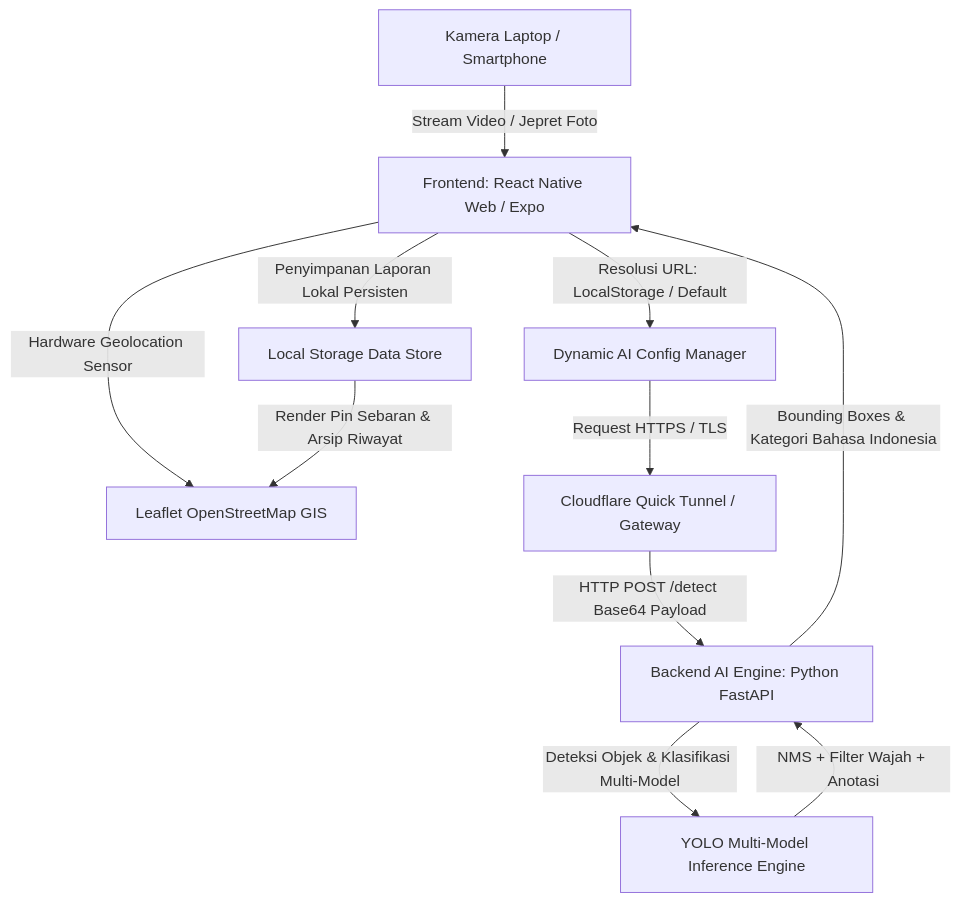
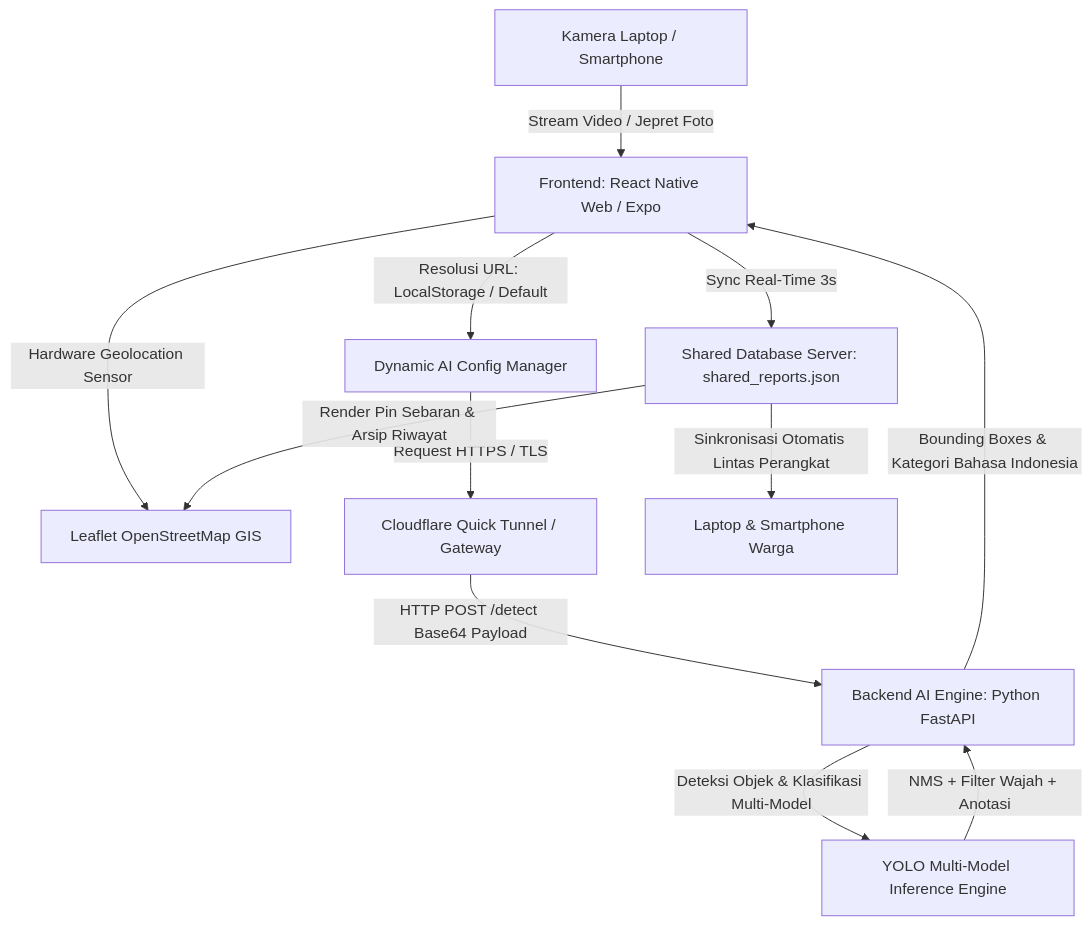
One commit to franswaas/spotbersih changed the diagram in docs/SYSTEM_ARCHITECTURE.md. Above: the diagram before and after it, drawn with Mermaid. The commit also changed other lines of this file and 3 other files, not shown here.

Commit message:
docs: update README, SYSTEM_ARCHITECTURE, DEPLOYMENT_GUIDE, and SKILLS_AND_CAPABILITIES with all latest features

````diff
--- a/docs/SYSTEM_ARCHITECTURE.md
+++ b/docs/SYSTEM_ARCHITECTURE.md
@@ -14,13 +14,14 @@
 ```mermaid
 graph TD
     A[Kamera Laptop / Smartphone] -->|Stream Video / Jepret Foto| B[Frontend: React Native Web / Expo]
     B -->|Hardware Geolocation Sensor| C[Leaflet OpenStreetMap GIS]
     B -->|Resolusi URL: LocalStorage / Default| D[Dynamic AI Config Manager]
     D -->|Request HTTPS / TLS| E[Cloudflare Quick Tunnel / Gateway]
     E -->|HTTP POST /detect Base64 Payload| F[Backend AI Engine: Python FastAPI]
     F -->|Deteksi Objek & Klasifikasi Multi-Model| G[YOLO Multi-Model Inference Engine]
     G -->|NMS + Filter Wajah + Anotasi| F
     F -->|Bounding Boxes & Kategori Bahasa Indonesia| B
-    B -->|Penyimpanan Laporan Lokal Persisten| H[Local Storage Data Store]
+    B -->|Sync Real-Time 3s| H[Shared Database Server: shared_reports.json]
+    H -->|Sinkronisasi Otomatis Lintas Perangkat| I[Laptop & Smartphone Warga]
     H -->|Render Pin Sebaran & Arsip Riwayat| C
 ```
````
